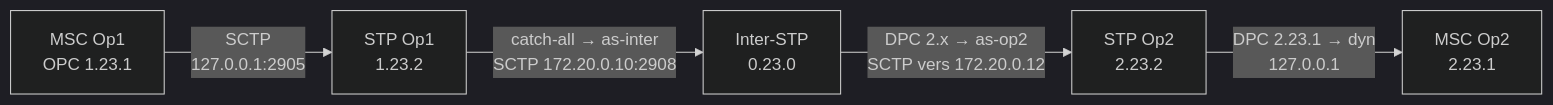
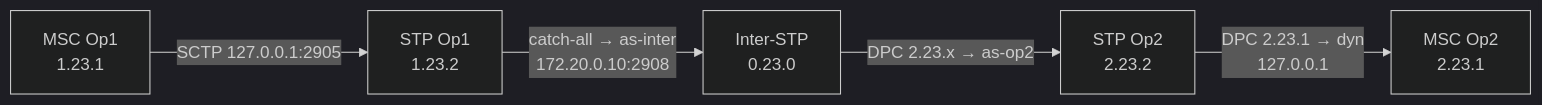
Before and after one commit to bbaranoff/osmo_egprs: the third of 5 diagrams in README.md, drawn with Mermaid (dark theme). The commit also changed other lines of this file and 12 other files, not shown here.

````diff
--- a/README.md
+++ b/README.md
@@ -292,7 +154,7 @@
 ```mermaid
 flowchart LR
-    MSC_A["MSC Op1<br>OPC 1.23.1"] -->|"SCTP<br>127.0.0.1:2905"| STP_A["STP Op1<br>1.23.2"]
-    STP_A -->|"catch-all → as-inter<br>SCTP 172.20.0.10:2908"| INTER["Inter-STP<br>0.23.0"]
-    INTER -->|"DPC 2.x → as-op2<br>SCTP vers 172.20.0.12"| STP_B["STP Op2<br>2.23.2"]
-    STP_B -->|"DPC 2.23.1 → dyn<br>127.0.0.1"| MSC_B["MSC Op2<br>2.23.1"]
+    MSC_A["MSC Op1\n1.23.1"] -->|"SCTP 127.0.0.1:2905"| STP_A["STP Op1\n1.23.2"]
+    STP_A -->|"catch-all → as-inter\n172.20.0.10:2908"| INTER["Inter-STP\n0.23.0"]
+    INTER -->|"DPC 2.23.x → as-op2"| STP_B["STP Op2\n2.23.2"]
+    STP_B -->|"DPC 2.23.1 → dyn\n127.0.0.1"| MSC_B["MSC Op2\n2.23.1"]
 ```
````
